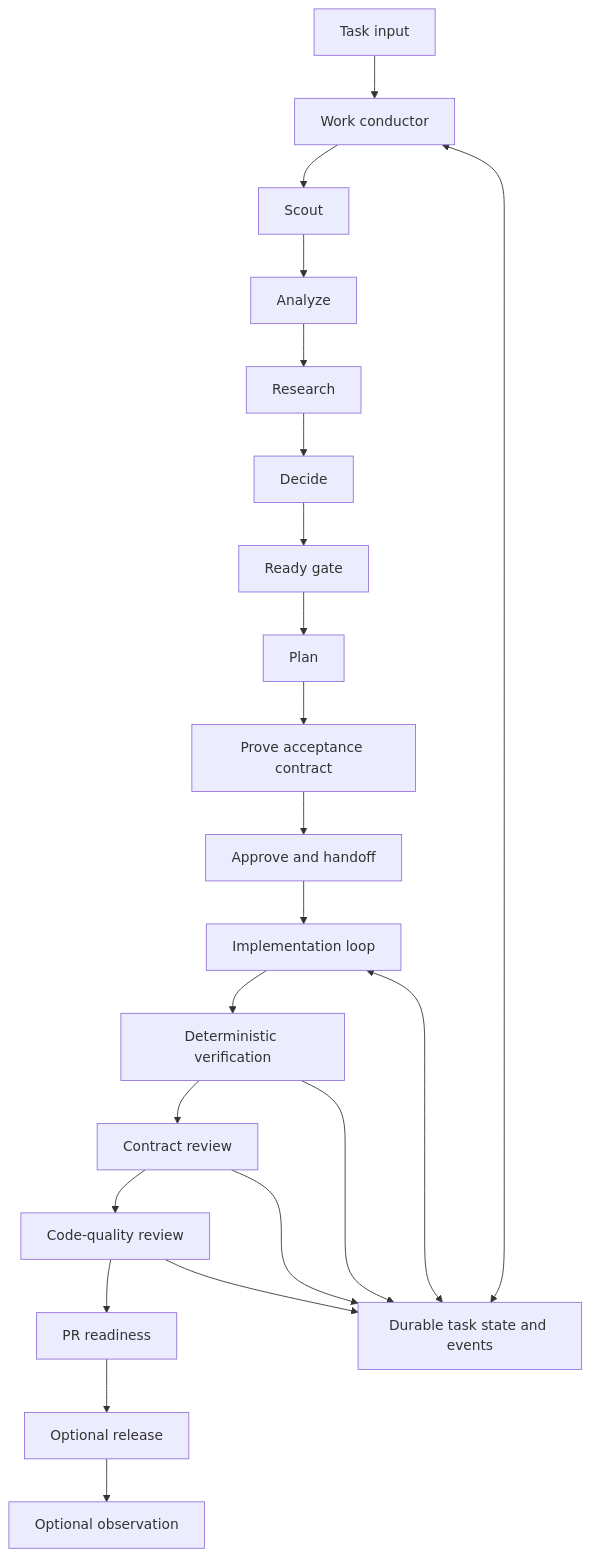
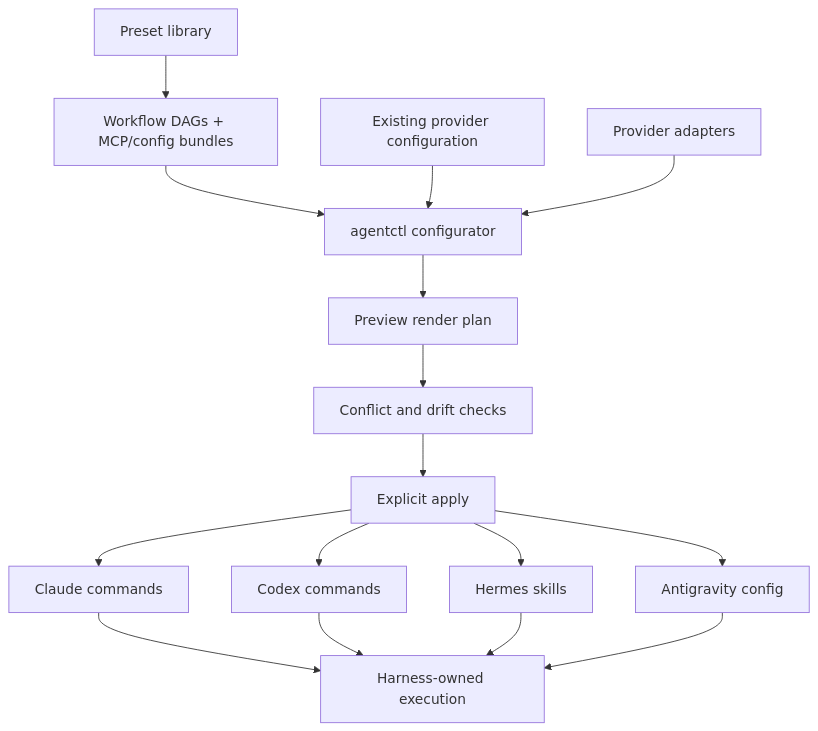
One commit to riidii-md/agentnyk-maisternia changed the diagram in docs/WORKFLOW.md. Above: the diagram before and after it, drawn with Mermaid. The commit also changed other lines of this file and 12 other files, not shown here.

Commit message:
docs: clarify agentctl configurator boundary

````diff
--- a/docs/WORKFLOW.md
+++ b/docs/WORKFLOW.md
@@ -136,25 +179,18 @@
 ```mermaid
 flowchart TD
-    I[Task input] --> C[Work conductor]
-    C --> S[Scout]
-    S --> A[Analyze]
-    A --> R[Research]
-    R --> D[Decide]
-    D --> G[Ready gate]
-    G --> P[Plan]
-    P --> T[Prove acceptance contract]
-    T --> H[Approve and handoff]
-    H --> W[Implementation loop]
-    W --> V[Deterministic verification]
-    V --> CR[Contract review]
-    CR --> QR[Code-quality review]
-    QR --> PR[PR readiness]
-    PR --> REL[Optional release]
-    REL --> O[Optional observation]
-
-    C <--> STATE[Durable task state and events]
-    W <--> STATE
-    V --> STATE
-    CR --> STATE
-    QR --> STATE
+    L[Preset library] --> D[Workflow DAGs + MCP/config bundles]
+    D --> C[agentctl configurator]
+    E[Existing provider configuration] --> C
+    A[Provider adapters] --> C
+    C --> P[Preview render plan]
+    P --> X[Conflict and drift checks]
+    X --> I[Explicit apply]
+    I --> CC[Claude commands]
+    I --> CX[Codex commands]
+    I --> H[Hermes skills]
+    I --> AGY[Antigravity config]
+    CC --> R[Harness-owned execution]
+    CX --> R
+    H --> R
+    AGY --> R
 ```
````
